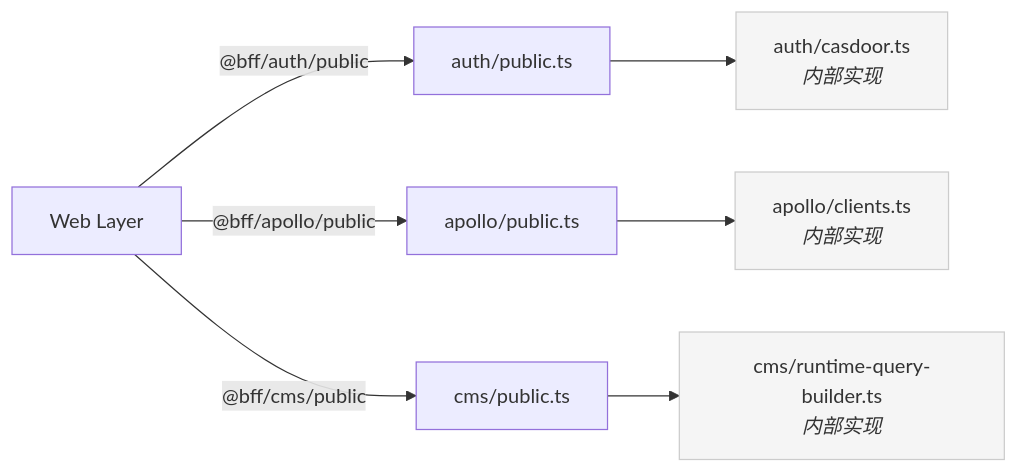
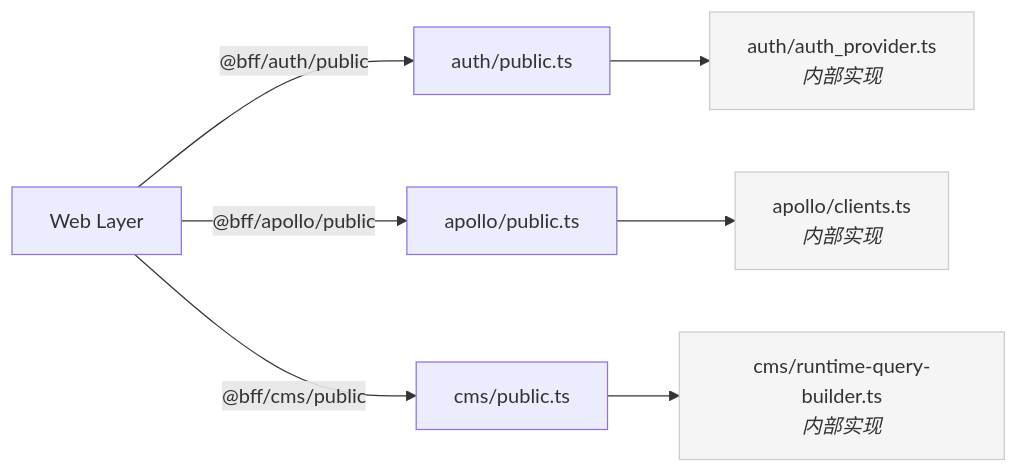
Before and after one commit to luker1228/modelcraft: the first of 3 diagrams in ai-metadata/front/development/bff-design.md, drawn with Mermaid. The commit also changed other lines of this file and 52 other files, not shown here.

Commit message:
docs: 将认证提供者名称从 Casdoor 重命名为 AuthProvider

````diff
--- a/ai-metadata/front/development/bff-design.md
+++ b/ai-metadata/front/development/bff-design.md
@@ -38,14 +38,14 @@
 ```mermaid
 graph LR
     W["Web Layer"] -->|"@bff/auth/public"| PA["auth/public.ts"]
     W -->|"@bff/apollo/public"| PB["apollo/public.ts"]
     W -->|"@bff/cms/public"| PC["cms/public.ts"]
 
-    PA --> A["auth/casdoor.ts<br/><i>内部实现</i>"]
+    PA --> A["auth/auth_provider.ts<br/><i>内部实现</i>"]
     PB --> B["apollo/clients.ts<br/><i>内部实现</i>"]
     PC --> C["cms/runtime-query-builder.ts<br/><i>内部实现</i>"]
 
     style A fill:#f5f5f5,stroke:#ccc
     style B fill:#f5f5f5,stroke:#ccc
     style C fill:#f5f5f5,stroke:#ccc
 ```
````
